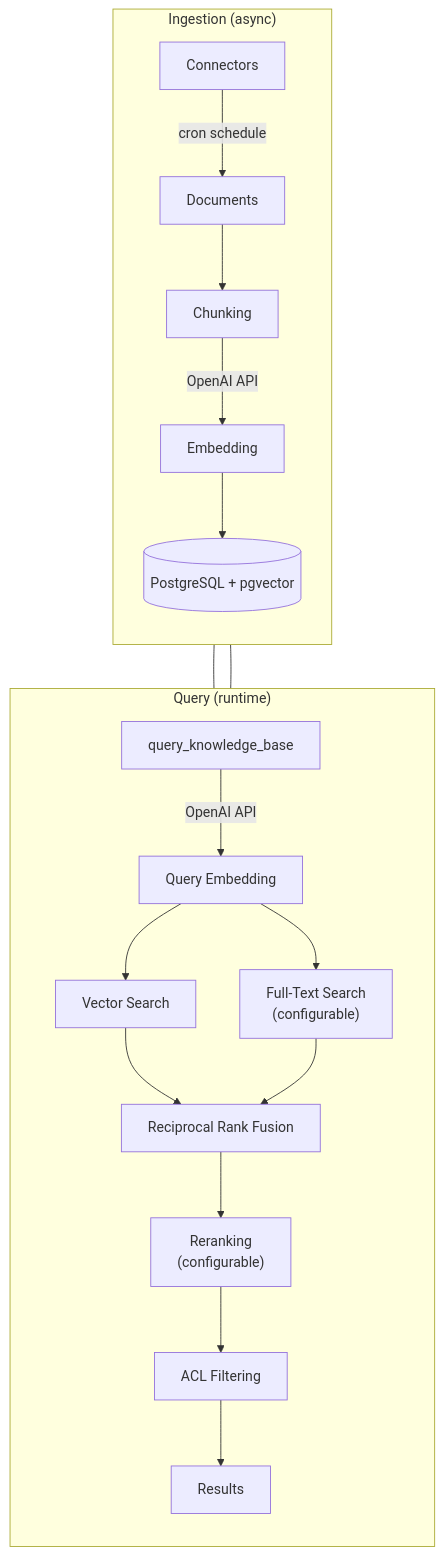
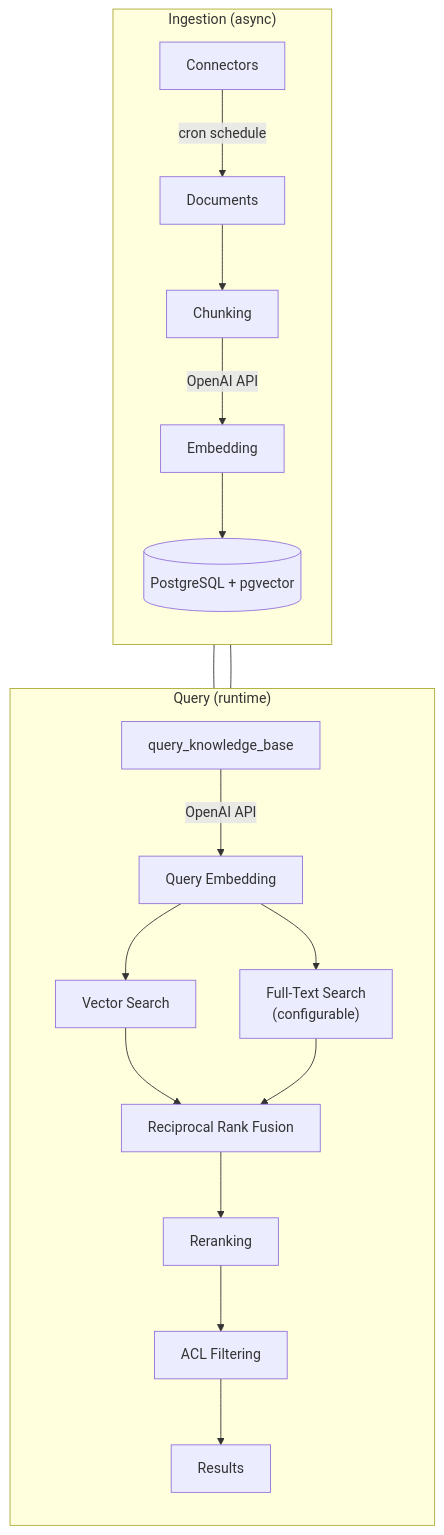
Before and after one commit to archestra-ai/archestra: the diagram in docs/pages/platform-knowledge-bases.md, drawn with Mermaid. The commit also changed other lines of this file and 17 other files, not shown here.

````diff
--- a/docs/pages/platform-knowledge-bases.md
+++ b/docs/pages/platform-knowledge-bases.md
@@ -20,25 +20,25 @@
 ```mermaid
 flowchart TB
     subgraph Ingestion["Ingestion (async)"]
         direction TB
         C[Connectors] -->|cron schedule| D[Documents]
         D --> CH[Chunking]
         CH -->|OpenAI API| E[Embedding]
         E --> PG[(PostgreSQL + pgvector)]
     end
 
     subgraph Query["Query (runtime)"]
         direction TB
         Q[query_knowledge_base] -->|OpenAI API| QE[Query Embedding]
         QE --> VS[Vector Search]
         QE --> FTS["Full-Text Search<br/>(configurable)"]
         VS --> RRF[Reciprocal Rank Fusion]
         FTS --> RRF
-        RRF --> RR["Reranking<br/>(configurable)"]
+        RRF --> RR[Reranking]
         RR --> ACL[ACL Filtering]
         ACL --> R[Results]
     end
 
     PG --- VS
     PG --- FTS
 ```
````
